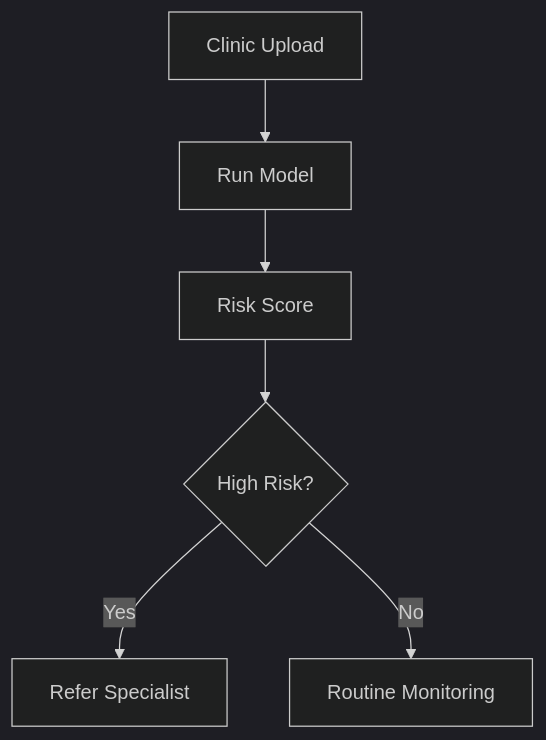
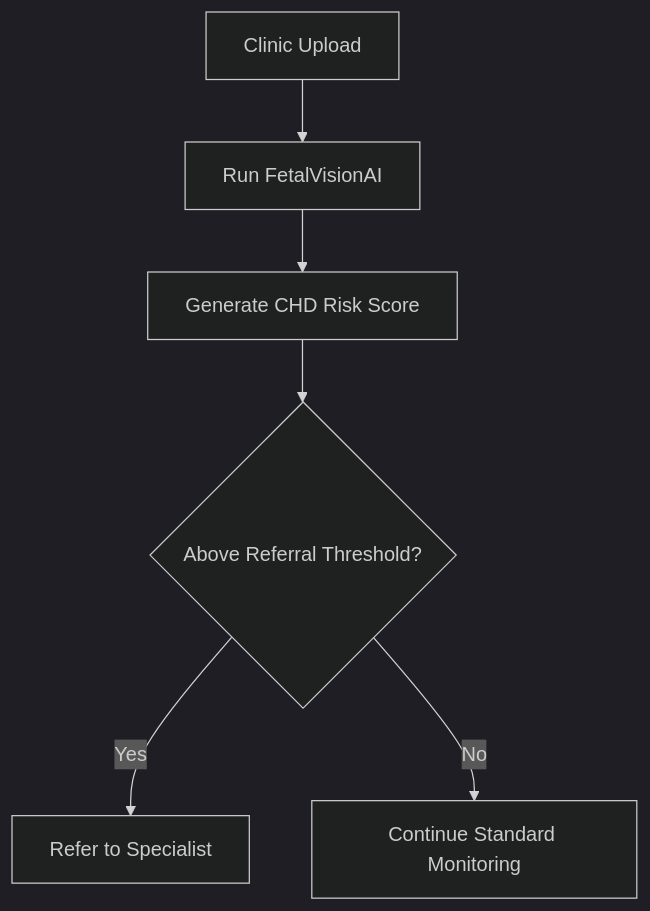
One commit to meghnanag2/FetalVisionAI changed the second of 2 diagrams in README.md. Above: the diagram before and after it, drawn with Mermaid (dark theme). The commit also changed other lines of this file, not shown here.

First line of the commit message:
Rename project to FetalVisionAI and improve README

````diff
--- a/README.md
+++ b/README.md
@@ -77,8 +161,9 @@
 ```mermaid
 flowchart TD
-A[Clinic Upload] --> B[Run Model]
-B --> C[Risk Score]
-C --> D{High Risk?}
-D -->|Yes| E[Refer Specialist]
-D -->|No| F[Routine Monitoring]
+A[Clinic Upload] --> B[Run FetalVisionAI]
+B --> C[Generate CHD Risk Score]
+C --> D{Above Referral Threshold?}
+
+D -->|Yes| E[Refer to Specialist]
+D -->|No| F[Continue Standard Monitoring]
 ```
````
